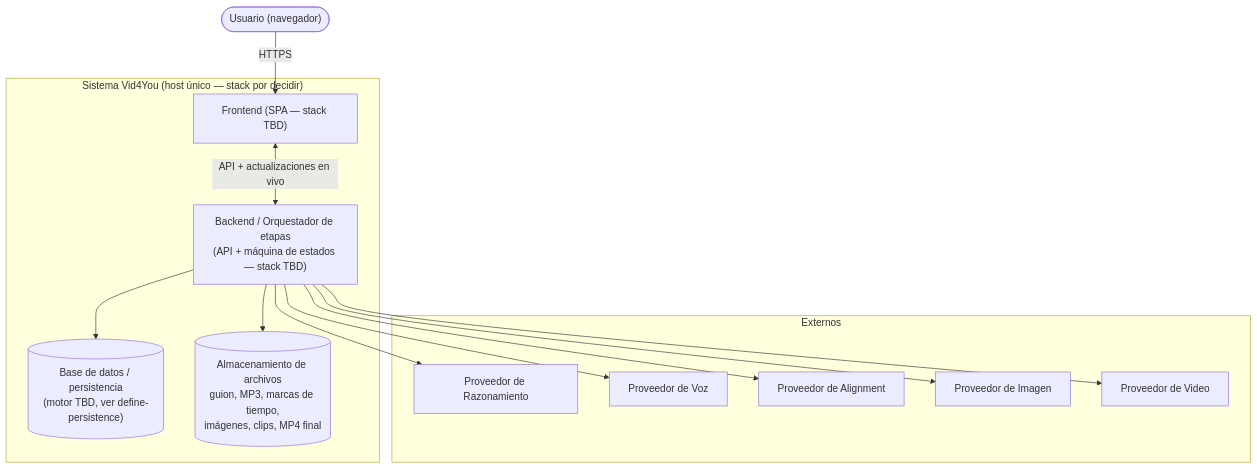
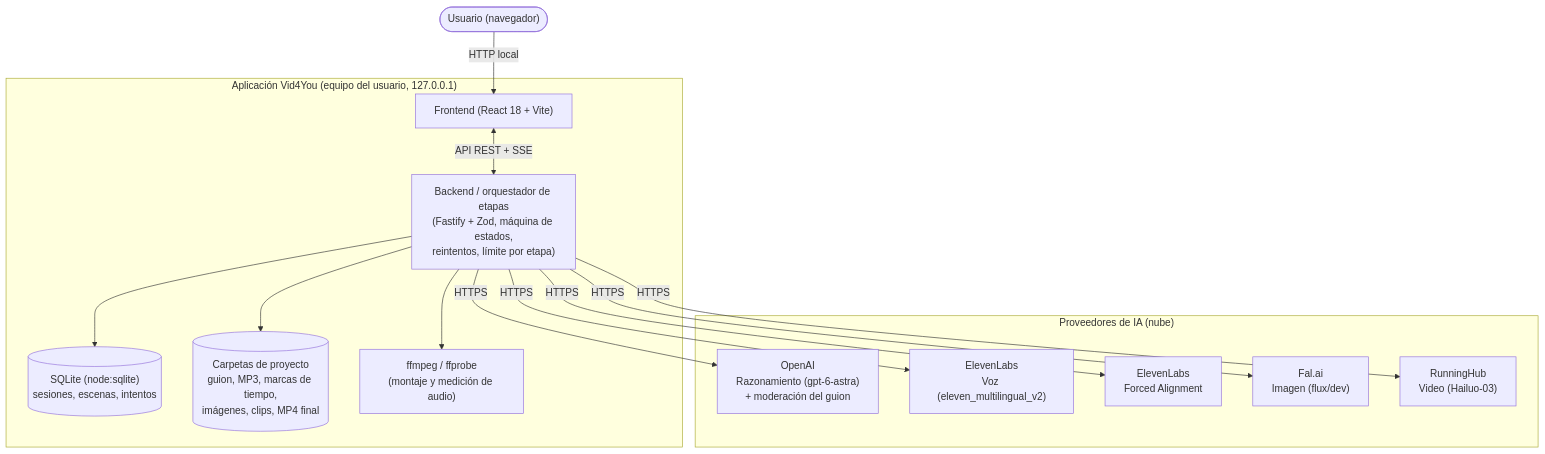
One commit to TonyMElguezabal/AI4Devs-finalproject changed the first of 3 diagrams in readme.md. Above: the diagram before and after it, drawn with Mermaid. The commit also changed other lines of this file and 3 other files, not shown here.

````diff
--- a/readme.md
+++ b/readme.md
@@ -98,29 +165,31 @@
 ```mermaid
 flowchart TD
     Usuario(["Usuario (navegador)"])
 
-    subgraph Externos["Externos"]
-        ProvRazonamiento["Proveedor de Razonamiento"]
-        ProvVoz["Proveedor de Voz"]
-        ProvAlignment["Proveedor de Alignment"]
-        ProvImagen["Proveedor de Imagen"]
-        ProvVideo["Proveedor de Video"]
+    subgraph Externos["Proveedores de IA (nube)"]
+        ProvRazonamiento["OpenAI\nRazonamiento (gpt-6-astra)\n+ moderación del guion"]
+        ProvVoz["ElevenLabs\nVoz (eleven_multilingual_v2)"]
+        ProvAlignment["ElevenLabs\nForced Alignment"]
+        ProvImagen["Fal.ai\nImagen (flux/dev)"]
+        ProvVideo["RunningHub\nVideo (Hailuo-03)"]
     end
 
-    subgraph Vid4You["Sistema Vid4You (host único — stack por decidir)"]
-        Frontend["Frontend (SPA — stack TBD)"]
-        Backend["Backend / Orquestador de etapas\n(API + máquina de estados — stack TBD)"]
-        DB[("Base de datos / persistencia\n(motor TBD, ver define-persistence)")]
-        Files[("Almacenamiento de archivos\nguion, MP3, marcas de tiempo,\nimágenes, clips, MP4 final")]
+    subgraph Vid4You["Aplicación Vid4You (equipo del usuario, 127.0.0.1)"]
+        Frontend["Frontend (React 18 + Vite)"]
+        Backend["Backend / orquestador de etapas\n(Fastify + Zod, máquina de estados,\nreintentos, límite por etapa)"]
+        DB[("SQLite (node:sqlite)\nsesiones, escenas, intentos")]
+        Files[("Carpetas de proyecto\nguion, MP3, marcas de tiempo,\nimágenes, clips, MP4 final")]
+        FFmpeg["ffmpeg / ffprobe\n(montaje y medición de audio)"]
     end
 
-    Usuario -->|HTTPS| Frontend
-    Frontend <-->|API + actualizaciones en vivo| Backend
+    Usuario -->|HTTP local| Frontend
+    Frontend <-->|API REST + SSE| Backend
     Backend --> DB
     Backend --> Files
-    Backend --> ProvRazonamiento
-    Backend --> ProvVoz
-    Backend --> ProvAlignment
-    Backend --> ProvImagen
-    Backend --> ProvVideo
+    Backend --> FFmpeg
+    Backend -->|HTTPS| ProvRazonamiento
+    Backend -->|HTTPS| ProvVoz
+    Backend -->|HTTPS| ProvAlignment
+    Backend -->|HTTPS| ProvImagen
+    Backend -->|HTTPS| ProvVideo
 ```
````
